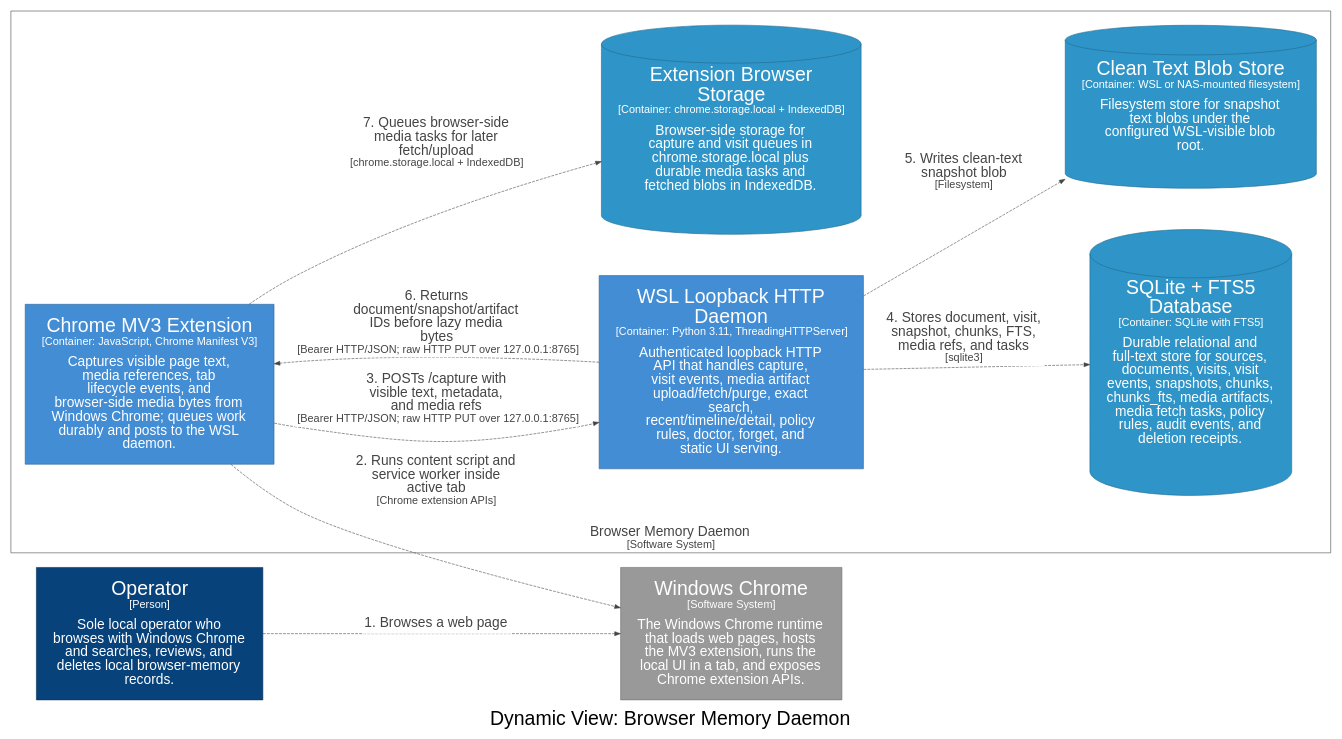
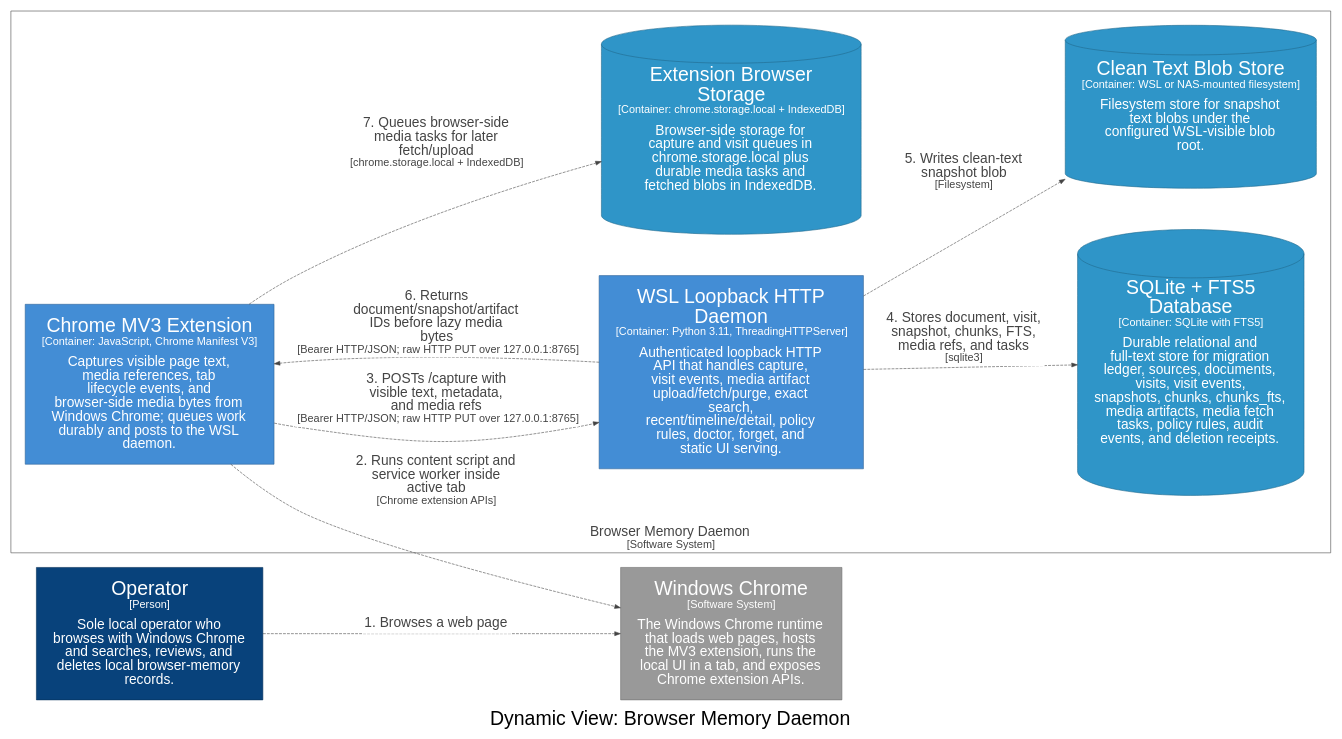
One commit to michaelnicks0/browser-memory-daemon changed the diagram in docs/architecture/diagrams/dot/structurizr-FastCaptureFlow.dot. Above: the diagram before and after it, drawn with Graphviz. The commit also changed 180 other files, not shown here.

Commit message:
feat(db): add versioned migration ledger and compatibility checks

```diff
--- a/docs/architecture/diagrams/dot/structurizr-FastCaptureFlow.dot
+++ b/docs/architecture/diagrams/dot/structurizr-FastCaptureFlow.dot
@@ -1,34 +1,34 @@
 digraph {
   compound=true
   graph [fontname="Arial", rankdir=LR, ranksep=1.0, nodesep=1.0]
   node [fontname="Arial", shape=box, margin="0.4,0.3"]
   edge [fontname="Arial"]
   label=<<br /><font point-size="34">Dynamic View: Browser Memory Daemon</font>>
 
   subgraph cluster_4 {
     margin=25
     label=<<font point-size="24"><br />Browser Memory Daemon</font><br /><font point-size="19">[Software System]</font>>
     labelloc=b
     color="#444444"
     fontcolor="#444444"
     fillcolor="#444444"
 
     13 [id=13,shape=cylinder, label=<<font point-size="34">Extension Browser<br />Storage</font><br /><font point-size="19">[Container: chrome.storage.local + IndexedDB]</font><br /><br /><font point-size="24">Browser-side storage for<br />capture and visit queues in<br />chrome.storage.local plus<br />durable media tasks and<br />fetched blobs in IndexedDB.</font>>, style=filled, color="#20688c", fillcolor="#2f95c8", fontcolor="#ffffff"]
     14 [id=14,shape=rect, label=<<font point-size="34">WSL Loopback HTTP<br />Daemon</font><br /><font point-size="19">[Container: Python 3.11, ThreadingHTTPServer]</font><br /><br /><font point-size="24">Authenticated loopback HTTP<br />API that handles capture,<br />visit events, media artifact<br />upload/fetch/purge, exact<br />search,<br />recent/timeline/detail, policy<br />rules, doctor, forget, and<br />static UI serving.</font>>, style=filled, color="#2e6295", fillcolor="#438dd5", fontcolor="#ffffff"]
-    27 [id=27,shape=cylinder, label=<<font point-size="34">SQLite + FTS5<br />Database</font><br /><font point-size="19">[Container: SQLite with FTS5]</font><br /><br /><font point-size="24">Durable relational and<br />full-text store for sources,<br />documents, visits, visit<br />events, snapshots, chunks,<br />chunks_fts, media artifacts,<br />media fetch tasks, policy<br />rules, audit events, and<br />deletion receipts.</font>>, style=filled, color="#20688c", fillcolor="#2f95c8", fontcolor="#ffffff"]
-    28 [id=28,shape=cylinder, label=<<font point-size="34">Clean Text Blob Store</font><br /><font point-size="19">[Container: WSL or NAS-mounted filesystem]</font><br /><br /><font point-size="24">Filesystem store for snapshot<br />text blobs under the<br />configured WSL-visible blob<br />root.</font>>, style=filled, color="#20688c", fillcolor="#2f95c8", fontcolor="#ffffff"]
+    28 [id=28,shape=cylinder, label=<<font point-size="34">SQLite + FTS5<br />Database</font><br /><font point-size="19">[Container: SQLite with FTS5]</font><br /><br /><font point-size="24">Durable relational and<br />full-text store for migration<br />ledger, sources, documents,<br />visits, visit events,<br />snapshots, chunks, chunks_fts,<br />media artifacts, media fetch<br />tasks, policy rules, audit<br />events, and deletion receipts.</font>>, style=filled, color="#20688c", fillcolor="#2f95c8", fontcolor="#ffffff"]
+    29 [id=29,shape=cylinder, label=<<font point-size="34">Clean Text Blob Store</font><br /><font point-size="19">[Container: WSL or NAS-mounted filesystem]</font><br /><br /><font point-size="24">Filesystem store for snapshot<br />text blobs under the<br />configured WSL-visible blob<br />root.</font>>, style=filled, color="#20688c", fillcolor="#2f95c8", fontcolor="#ffffff"]
     5 [id=5,shape=rect, label=<<font point-size="34">Chrome MV3 Extension</font><br /><font point-size="19">[Container: JavaScript, Chrome Manifest V3]</font><br /><br /><font point-size="24">Captures visible page text,<br />media references, tab<br />lifecycle events, and<br />browser-side media bytes from<br />Windows Chrome; queues work<br />durably and posts to the WSL<br />daemon.</font>>, style=filled, color="#2e6295", fillcolor="#438dd5", fontcolor="#ffffff"]
   }
 
   1 [id=1,shape=rect, label=<<font point-size="34">Operator</font><br /><font point-size="19">[Person]</font><br /><br /><font point-size="24">Sole local operator who<br />browses with Windows Chrome<br />and searches, reviews, and<br />deletes local browser-memory<br />records.</font>>, style=filled, color="#052e56", fillcolor="#08427b", fontcolor="#ffffff"]
   2 [id=2,shape=rect, label=<<font point-size="34">Windows Chrome</font><br /><font point-size="19">[Software System]</font><br /><br /><font point-size="24">The Windows Chrome runtime<br />that loads web pages, hosts<br />the MV3 extension, runs the<br />local UI in a tab, and exposes<br />Chrome extension APIs.</font>>, style=filled, color="#6b6b6b", fillcolor="#999999", fontcolor="#ffffff"]
 
-  1 -> 2 [id=30, label=<<TABLE BORDER="0" CELLBORDER="0" CELLSPACING="0" CELLPADDING="4" BGCOLOR="white"><TR><TD><font point-size="24">1. Browses a web page</font></TD></TR></TABLE>>, style="dashed", color="#444444", fontcolor="#444444"]
-  5 -> 2 [id=35, label=<<TABLE BORDER="0" CELLBORDER="0" CELLSPACING="0" CELLPADDING="4" BGCOLOR="white"><TR><TD><font point-size="24">2. Runs content script and<br />service worker inside<br />active tab</font><br /><font point-size="19">[Chrome extension APIs]</font></TD></TR></TABLE>>, style="dashed", color="#444444", fontcolor="#444444"]
-  5 -> 14 [id=38, label=<<TABLE BORDER="0" CELLBORDER="0" CELLSPACING="0" CELLPADDING="4" BGCOLOR="white"><TR><TD><font point-size="24">3. POSTs /capture with<br />visible text, metadata,<br />and media refs</font><br /><font point-size="19">[Bearer HTTP/JSON; raw HTTP PUT over 127.0.0.1:8765]</font></TD></TR></TABLE>>, style="dashed", color="#444444", fontcolor="#444444"]
-  14 -> 27 [id=43, label=<<TABLE BORDER="0" CELLBORDER="0" CELLSPACING="0" CELLPADDING="4" BGCOLOR="white"><TR><TD><font point-size="24">4. Stores document, visit,<br />snapshot, chunks, FTS,<br />media refs, and tasks</font><br /><font point-size="19">[sqlite3]</font></TD></TR></TABLE>>, style="dashed", color="#444444", fontcolor="#444444"]
-  14 -> 28 [id=44, label=<<TABLE BORDER="0" CELLBORDER="0" CELLSPACING="0" CELLPADDING="4" BGCOLOR="white"><TR><TD><font point-size="24">5. Writes clean-text<br />snapshot blob</font><br /><font point-size="19">[Filesystem]</font></TD></TR></TABLE>>, style="dashed", color="#444444", fontcolor="#444444"]
-  14 -> 5 [id=38, label=<<TABLE BORDER="0" CELLBORDER="0" CELLSPACING="0" CELLPADDING="4" BGCOLOR="white"><TR><TD><font point-size="24">6. Returns<br />document/snapshot/artifact<br />IDs before lazy media<br />bytes</font><br /><font point-size="19">[Bearer HTTP/JSON; raw HTTP PUT over 127.0.0.1:8765]</font></TD></TR></TABLE>>, style="dashed", color="#444444", fontcolor="#444444"]
-  5 -> 13 [id=37, label=<<TABLE BORDER="0" CELLBORDER="0" CELLSPACING="0" CELLPADDING="4" BGCOLOR="white"><TR><TD><font point-size="24">7. Queues browser-side<br />media tasks for later<br />fetch/upload</font><br /><font point-size="19">[chrome.storage.local + IndexedDB]</font></TD></TR></TABLE>>, style="dashed", color="#444444", fontcolor="#444444"]
+  1 -> 2 [id=31, label=<<TABLE BORDER="0" CELLBORDER="0" CELLSPACING="0" CELLPADDING="4" BGCOLOR="white"><TR><TD><font point-size="24">1. Browses a web page</font></TD></TR></TABLE>>, style="dashed", color="#444444", fontcolor="#444444"]
+  5 -> 2 [id=36, label=<<TABLE BORDER="0" CELLBORDER="0" CELLSPACING="0" CELLPADDING="4" BGCOLOR="white"><TR><TD><font point-size="24">2. Runs content script and<br />service worker inside<br />active tab</font><br /><font point-size="19">[Chrome extension APIs]</font></TD></TR></TABLE>>, style="dashed", color="#444444", fontcolor="#444444"]
+  5 -> 14 [id=39, label=<<TABLE BORDER="0" CELLBORDER="0" CELLSPACING="0" CELLPADDING="4" BGCOLOR="white"><TR><TD><font point-size="24">3. POSTs /capture with<br />visible text, metadata,<br />and media refs</font><br /><font point-size="19">[Bearer HTTP/JSON; raw HTTP PUT over 127.0.0.1:8765]</font></TD></TR></TABLE>>, style="dashed", color="#444444", fontcolor="#444444"]
+  14 -> 28 [id=44, label=<<TABLE BORDER="0" CELLBORDER="0" CELLSPACING="0" CELLPADDING="4" BGCOLOR="white"><TR><TD><font point-size="24">4. Stores document, visit,<br />snapshot, chunks, FTS,<br />media refs, and tasks</font><br /><font point-size="19">[sqlite3]</font></TD></TR></TABLE>>, style="dashed", color="#444444", fontcolor="#444444"]
+  14 -> 29 [id=45, label=<<TABLE BORDER="0" CELLBORDER="0" CELLSPACING="0" CELLPADDING="4" BGCOLOR="white"><TR><TD><font point-size="24">5. Writes clean-text<br />snapshot blob</font><br /><font point-size="19">[Filesystem]</font></TD></TR></TABLE>>, style="dashed", color="#444444", fontcolor="#444444"]
+  14 -> 5 [id=39, label=<<TABLE BORDER="0" CELLBORDER="0" CELLSPACING="0" CELLPADDING="4" BGCOLOR="white"><TR><TD><font point-size="24">6. Returns<br />document/snapshot/artifact<br />IDs before lazy media<br />bytes</font><br /><font point-size="19">[Bearer HTTP/JSON; raw HTTP PUT over 127.0.0.1:8765]</font></TD></TR></TABLE>>, style="dashed", color="#444444", fontcolor="#444444"]
+  5 -> 13 [id=38, label=<<TABLE BORDER="0" CELLBORDER="0" CELLSPACING="0" CELLPADDING="4" BGCOLOR="white"><TR><TD><font point-size="24">7. Queues browser-side<br />media tasks for later<br />fetch/upload</font><br /><font point-size="19">[chrome.storage.local + IndexedDB]</font></TD></TR></TABLE>>, style="dashed", color="#444444", fontcolor="#444444"]
 
 }
```
